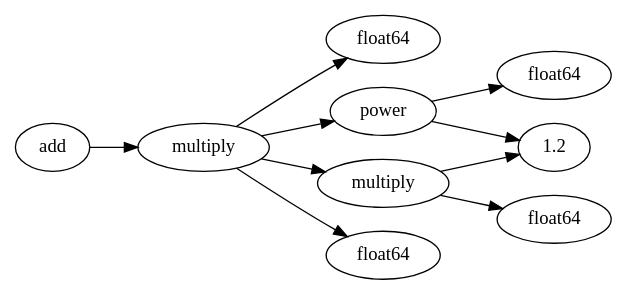
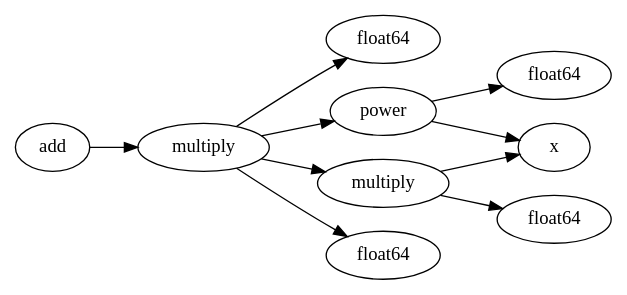
Before and after one commit to WackAlley/worksheet: the diagram in project2/graph_out/tt/function3.gv, drawn with Graphviz. The commit also changed 11 other files, not shown here.

```diff
--- a/project2/graph_out/tt/function3.gv
+++ b/project2/graph_out/tt/function3.gv
@@ -1,22 +1,22 @@
 digraph function3 {
 	rankdir=LR
-	140130320867504 [label=add]
-	140130320868400 [label=multiply]
-	140130320867504 -> 140130320868400
-	140130332211360 [label=float64]
-	140130320868400 -> 140130332211360
-	140130322692688 [label=power]
-	140130320868400 -> 140130322692688
-	140133311440144 [label=1.2]
-	140130322692688 -> 140133311440144
-	140130326825712 [label=float64]
-	140130322692688 -> 140130326825712
-	140130321269536 [label=multiply]
-	140130320868400 -> 140130321269536
-	140130322692944 [label=float64]
-	140130321269536 -> 140130322692944
-	140133311440144 [label=1.2]
-	140130321269536 -> 140133311440144
-	140130321269056 [label=float64]
-	140130320868400 -> 140130321269056
+	139896267692912 [label=add]
+	139896267700752 [label=multiply]
+	139896267692912 -> 139896267700752
+	139896274163904 [label=float64]
+	139896267700752 -> 139896274163904
+	139896268032336 [label=power]
+	139896267700752 -> 139896268032336
+	139899301835984 [label=x]
+	139896268032336 -> 139899301835984
+	139896274164176 [label=float64]
+	139896268032336 -> 139896274164176
+	139896266162736 [label=multiply]
+	139896267700752 -> 139896266162736
+	139896268034128 [label=float64]
+	139896266162736 -> 139896268034128
+	139899301835984 [label=x]
+	139896266162736 -> 139899301835984
+	139896266163216 [label=float64]
+	139896267700752 -> 139896266163216
 }
```
